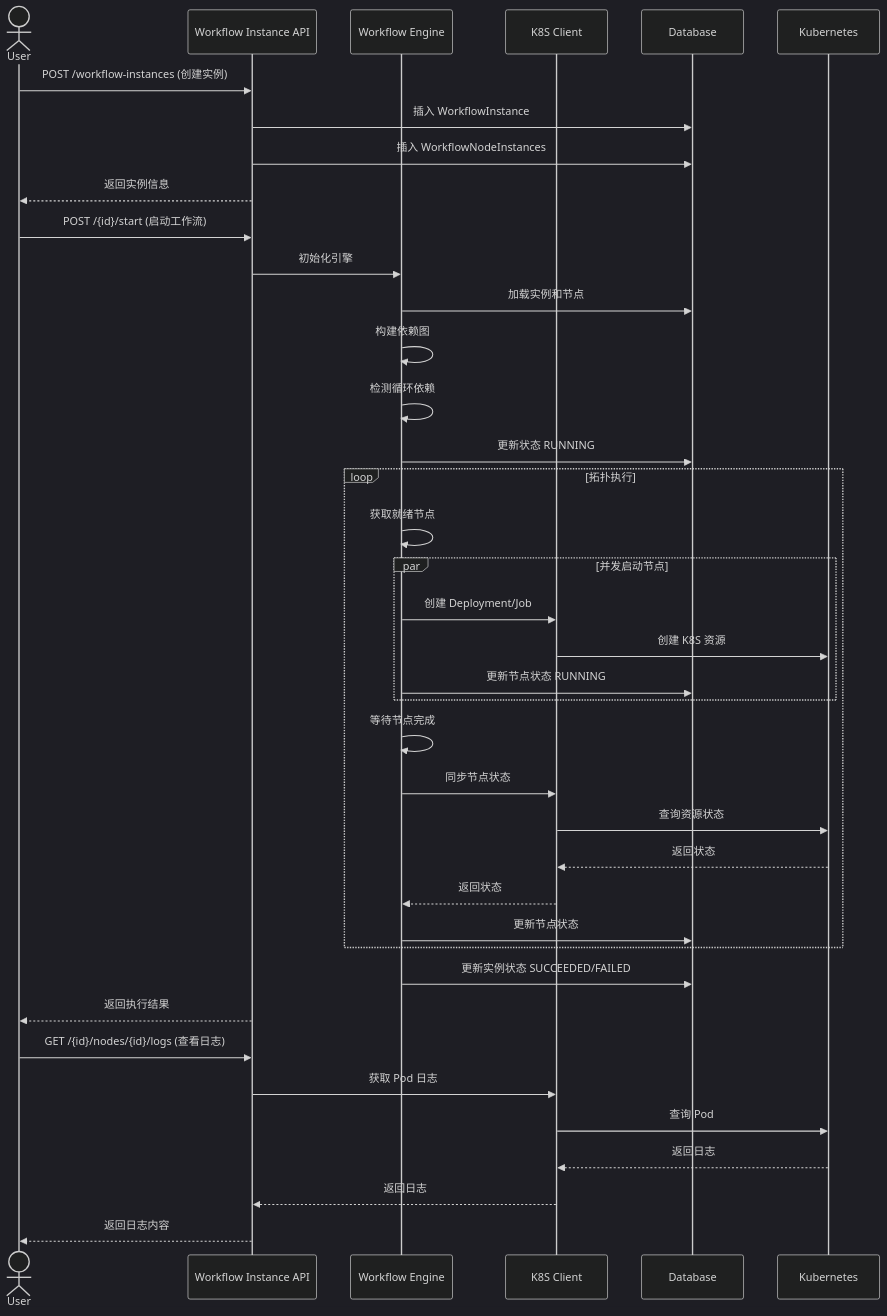
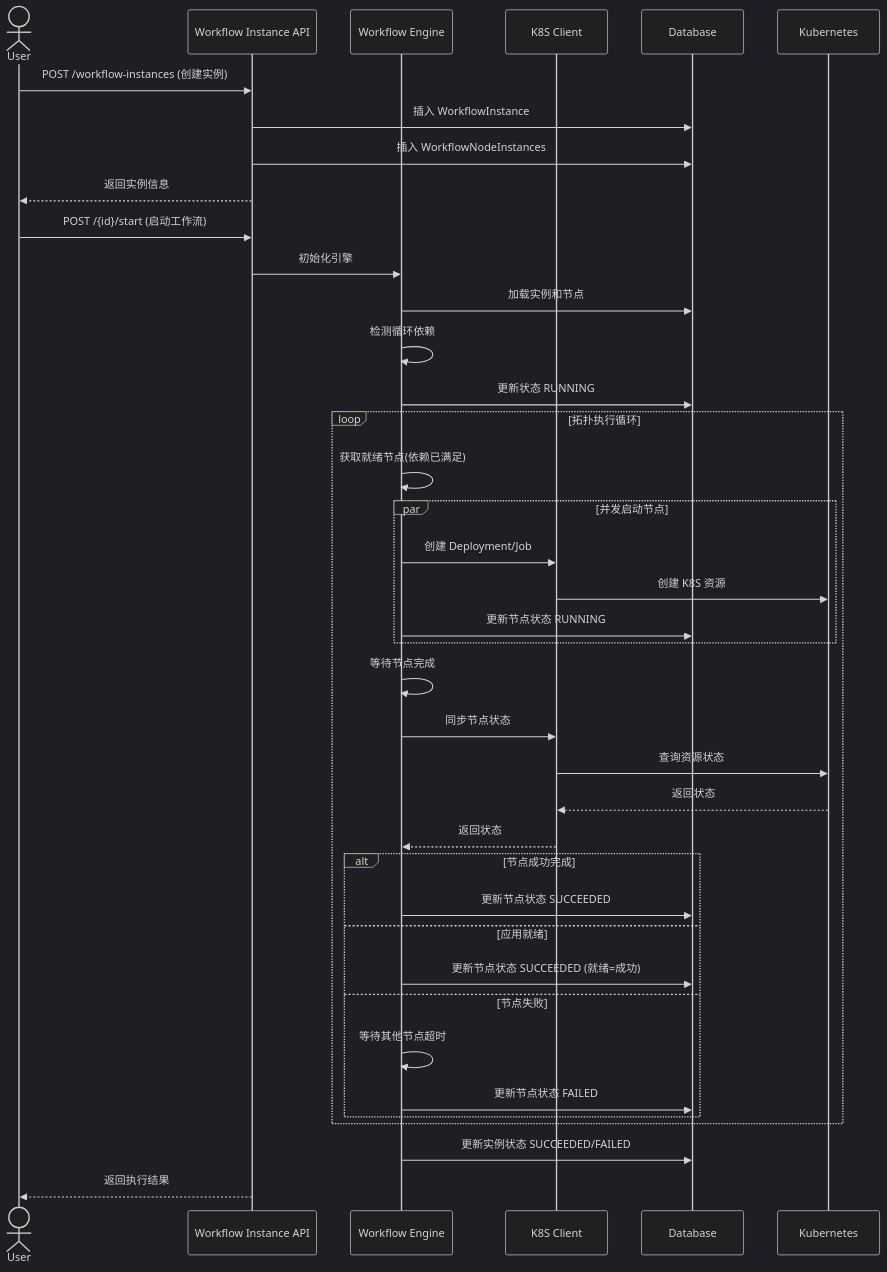
The fourth of 5 diagrams in 13-secflow-service/image_build/secflow-platform-workflow/doc/ARCHITECTURE.md (runshine/sothoth), drawn with Mermaid (dark theme) before and after one commit. The commit also changed other lines of this file and 9 other files, not shown here.

````diff
--- a/13-secflow-service/image_build/secflow-platform-workflow/doc/ARCHITECTURE.md
+++ b/13-secflow-service/image_build/secflow-platform-workflow/doc/ARCHITECTURE.md
@@ -207,46 +186,46 @@
 ```mermaid
 sequenceDiagram
     actor User
     participant API as Workflow Instance API
     participant WE as Workflow Engine
     participant K8S as K8S Client
     participant DB as Database
     participant K8SCluster as Kubernetes
 
     User->>API: POST /workflow-instances (创建实例)
     API->>DB: 插入 WorkflowInstance
     API->>DB: 插入 WorkflowNodeInstances
     API-->>User: 返回实例信息
 
     User->>API: POST /{id}/start (启动工作流)
     API->>WE: 初始化引擎
     WE->>DB: 加载实例和节点
-    WE->>WE: 构建依赖图
     WE->>WE: 检测循环依赖
     WE->>DB: 更新状态 RUNNING
 
-    loop 拓扑执行
-        WE->>WE: 获取就绪节点
+    loop 拓扑执行循环
+        WE->>WE: 获取就绪节点(依赖已满足)
         par 并发启动节点
             WE->>K8S: 创建 Deployment/Job
             K8S->>K8SCluster: 创建 K8S 资源
             WE->>DB: 更新节点状态 RUNNING
         end
         WE->>WE: 等待节点完成
         WE->>K8S: 同步节点状态
         K8S->>K8SCluster: 查询资源状态
         K8SCluster-->>K8S: 返回状态
         K8S-->>WE: 返回状态
-        WE->>DB: 更新节点状态
+
+        alt 节点成功完成
+            WE->>DB: 更新节点状态 SUCCEEDED
+        else 应用就绪
+            WE->>DB: 更新节点状态 SUCCEEDED (就绪=成功)
+        else 节点失败
+            WE->>WE: 等待其他节点超时
+            WE->>DB: 更新节点状态 FAILED
+        end
     end
 
     WE->>DB: 更新实例状态 SUCCEEDED/FAILED
     API-->>User: 返回执行结果
-
-    User->>API: GET /{id}/nodes/{id}/logs (查看日志)
-    API->>K8S: 获取 Pod 日志
-    K8S->>K8SCluster: 查询 Pod
-    K8SCluster-->>K8S: 返回日志
-    K8S-->>API: 返回日志
-    API-->>User: 返回日志内容
 ```
````
